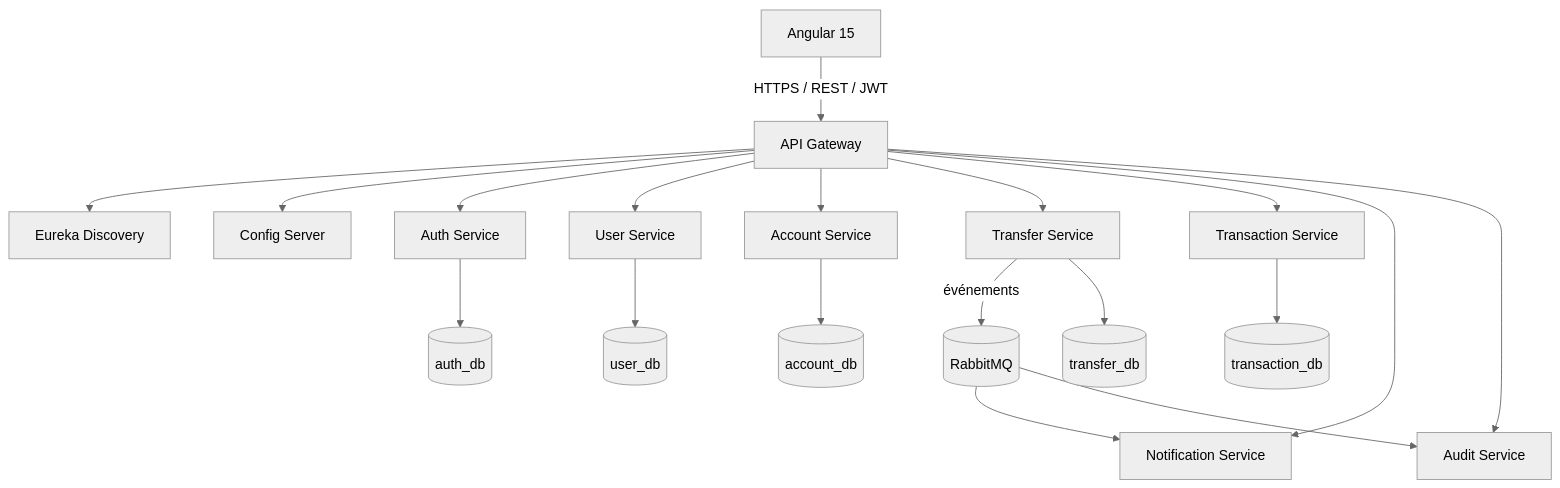
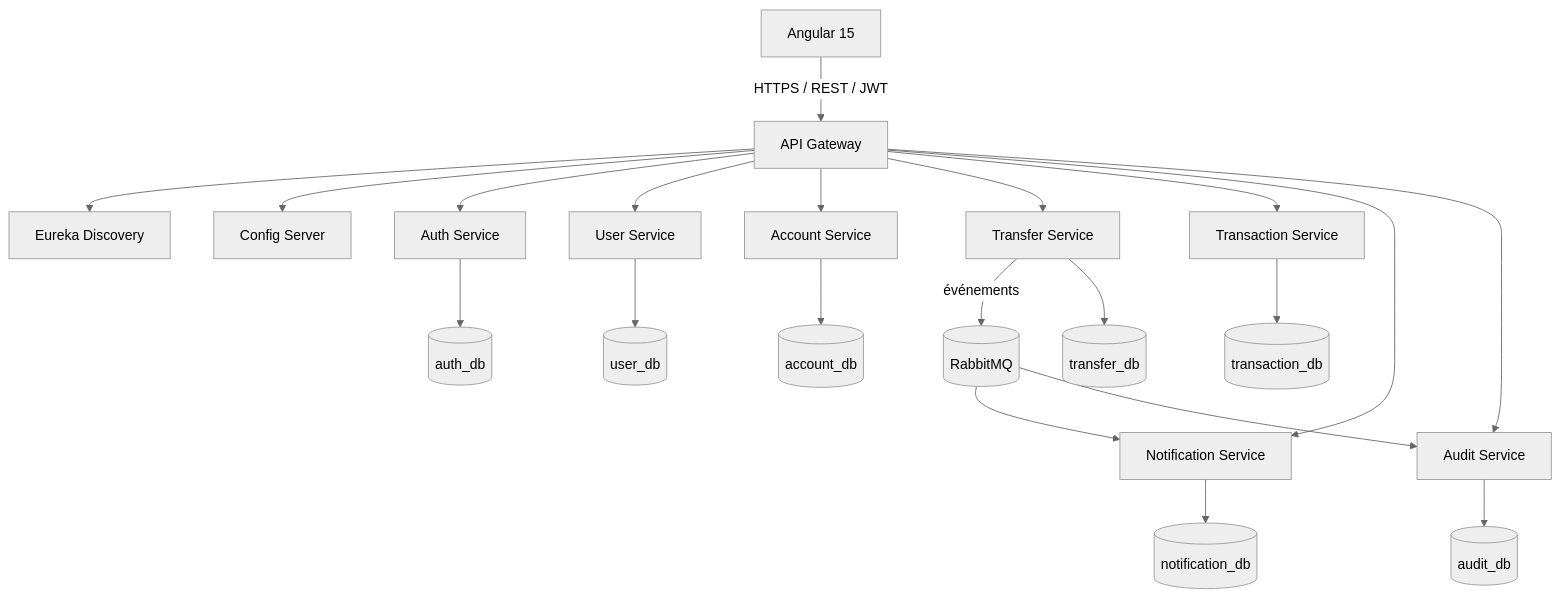
Before and after one commit to khemiriahmed/banking-management-microservices: the diagram in README.md, drawn with Mermaid (neutral theme). The commit also changed other lines of this file and 1 other file, not shown here.

````diff
--- a/README.md
+++ b/README.md
@@ -20,21 +20,23 @@
 ```mermaid
 flowchart TD
     UI[Angular 15] -->|HTTPS / REST / JWT| GW[API Gateway]
     GW --> DS[Eureka Discovery]
     GW --> CS[Config Server]
     GW --> AUTH[Auth Service]
     GW --> USER[User Service]
     GW --> ACC[Account Service]
     GW --> TRF[Transfer Service]
     GW --> TX[Transaction Service]
     GW --> NOTIF[Notification Service]
     GW --> AUDIT[Audit Service]
     TRF -->|événements| MQ[(RabbitMQ)]
     MQ --> NOTIF
     MQ --> AUDIT
     AUTH --> DB1[(auth_db)]
     USER --> DB2[(user_db)]
     ACC --> DB3[(account_db)]
     TRF --> DB4[(transfer_db)]
     TX --> DB5[(transaction_db)]
+    NOTIF --> DB6[(notification_db)]
+    AUDIT --> DB7[(audit_db)]
 ```
````
